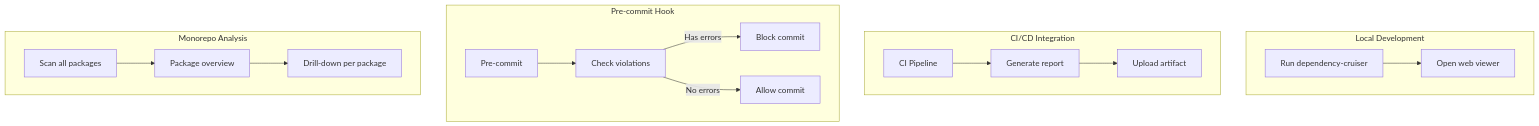
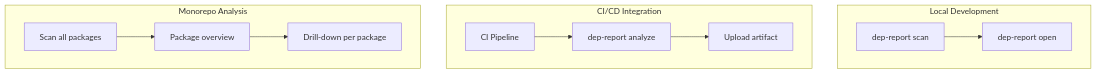
One commit to fisher-89/dependency-cruiser-reporter changed the first of 4 diagrams in docs/usage/scenarios.md. Above: the diagram before and after it, drawn with Mermaid. The commit also changed other lines of this file and 20 other files, not shown here.

````diff
--- a/docs/usage/scenarios.md
+++ b/docs/usage/scenarios.md
@@ -5,22 +5,16 @@
 ```mermaid
 flowchart TB
     subgraph Local["Local Development"]
-        L1[Run dependency-cruiser] --> L2[Open web viewer]
+        L1["dep-report scan"] --> L2["dep-report open"]
     end
 
     subgraph CI["CI/CD Integration"]
-        C1[CI Pipeline] --> C2[Generate report]
+        C1[CI Pipeline] --> C2["dep-report analyze"]
         C2 --> C3[Upload artifact]
-    end
-
-    subgraph Hook["Pre-commit Hook"]
-        H1[Pre-commit] --> H2[Check violations]
-        H2 --> |Has errors| H3[Block commit]
-        H2 --> |No errors| H4[Allow commit]
     end
 
     subgraph Mono["Monorepo Analysis"]
         M1[Scan all packages] --> M2[Package overview]
         M2 --> M3[Drill-down per package]
     end
 ```
````
